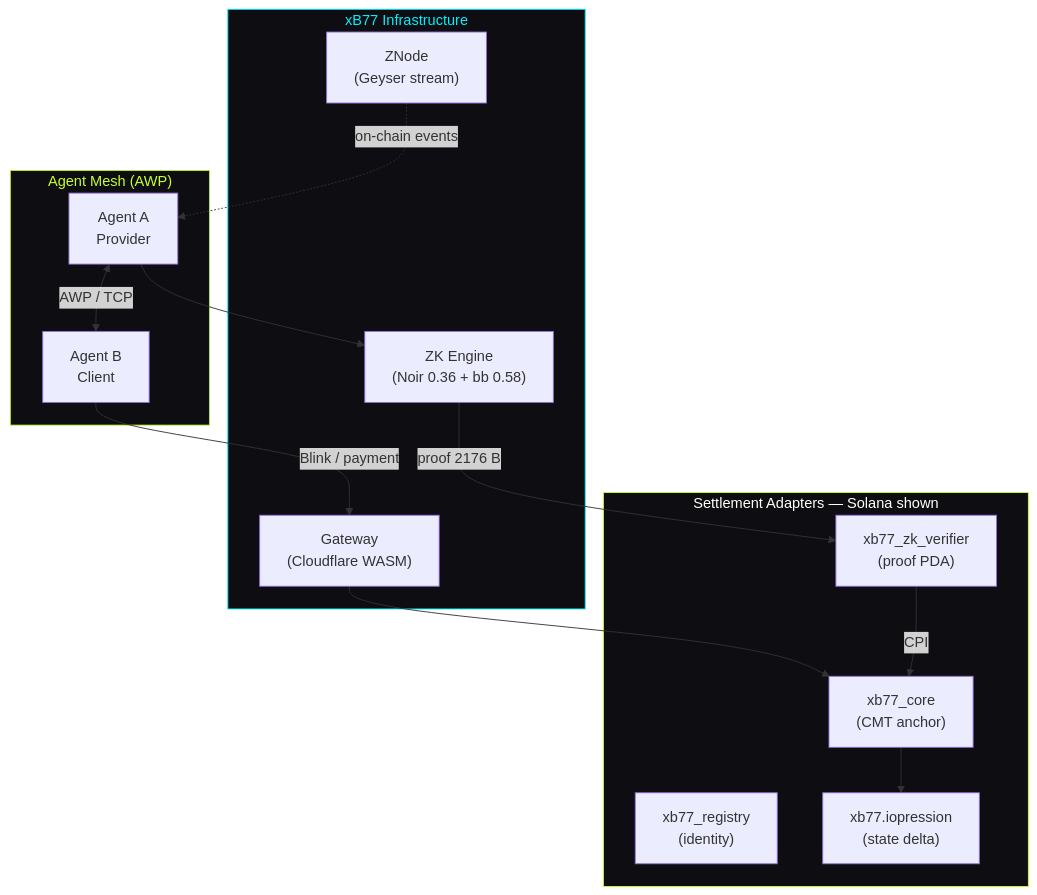
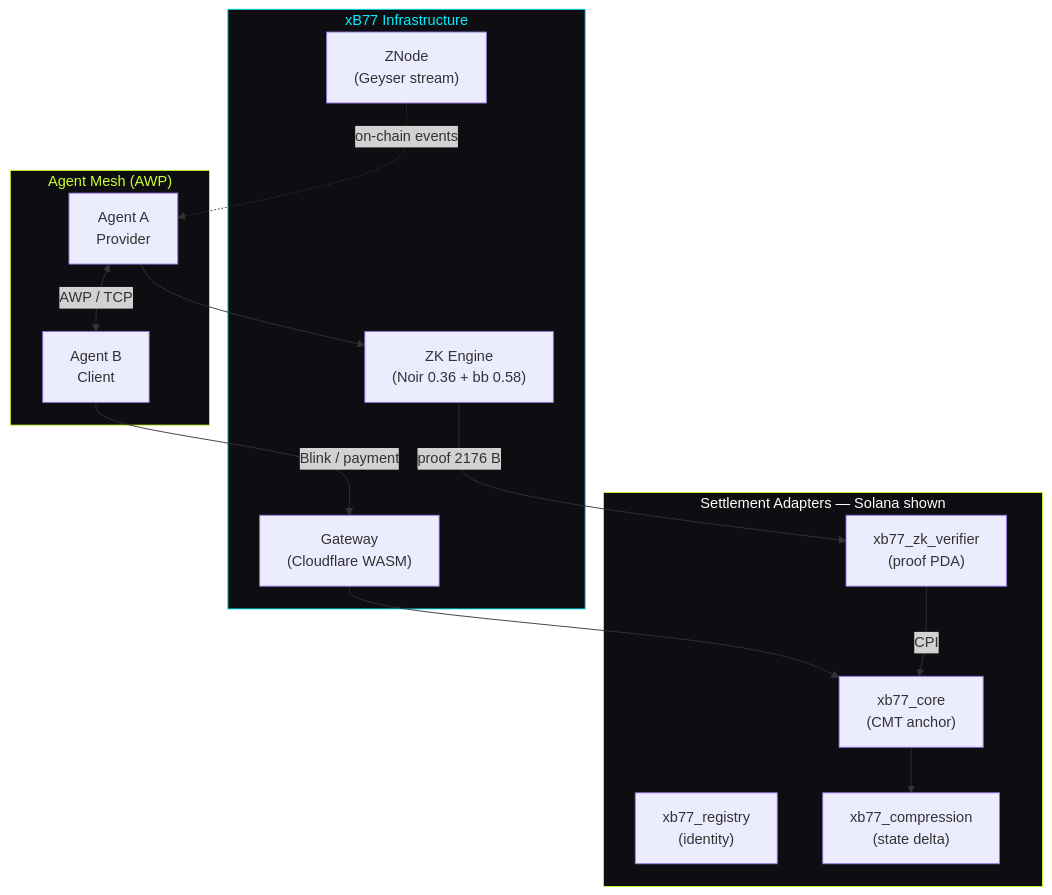
One commit to 8ctag0n/xB77 changed the first of 2 diagrams in docs/whitepaper.md. Above: the diagram before and after it, drawn with Mermaid. The commit also changed other lines of this file and 33 other files, not shown here.

Commit message:
fix(onchain): rename 'xb77.iopression' to 'xb77_compression' to fix cargo metadata error

````diff
--- a/docs/whitepaper.md
+++ b/docs/whitepaper.md
@@ -25,33 +25,33 @@
 ```mermaid
 graph TB
     subgraph agents["Agent Mesh (AWP)"]
         A["Agent A\nProvider"]
         B["Agent B\nClient"]
         A <-->|"AWP / TCP"| B
     end
 
     subgraph infra["xB77 Infrastructure"]
         GW["Gateway\n(Cloudflare WASM)"]
         ZE["ZK Engine\n(Noir 0.36 + bb 0.58)"]
         ZN["ZNode\n(Geyser stream)"]
     end
 
     subgraph solana["Settlement Adapters — Solana shown"]
         CORE["xb77_core\n(CMT anchor)"]
         VF["xb77_zk_verifier\n(proof PDA)"]
         REG["xb77_registry\n(identity)"]
-        COMP["xb77.iopression\n(state delta)"]
+        COMP["xb77_compression\n(state delta)"]
     end
 
     B -->|"Blink / payment"| GW
     GW --> CORE
     A --> ZE
     ZE -->|"proof 2176 B"| VF
     VF -->|"CPI"| CORE
     ZN -.->|"on-chain events"| A
     CORE --> COMP
 
     style agents fill:#0e0e12,stroke:#c8ff2e,color:#c8ff2e
     style infra fill:#0e0e12,stroke:#00f0ff,color:#00f0ff
     style solana fill:#0e0e12,stroke:#c8ff2e,color:#fffffa
 ```
````
